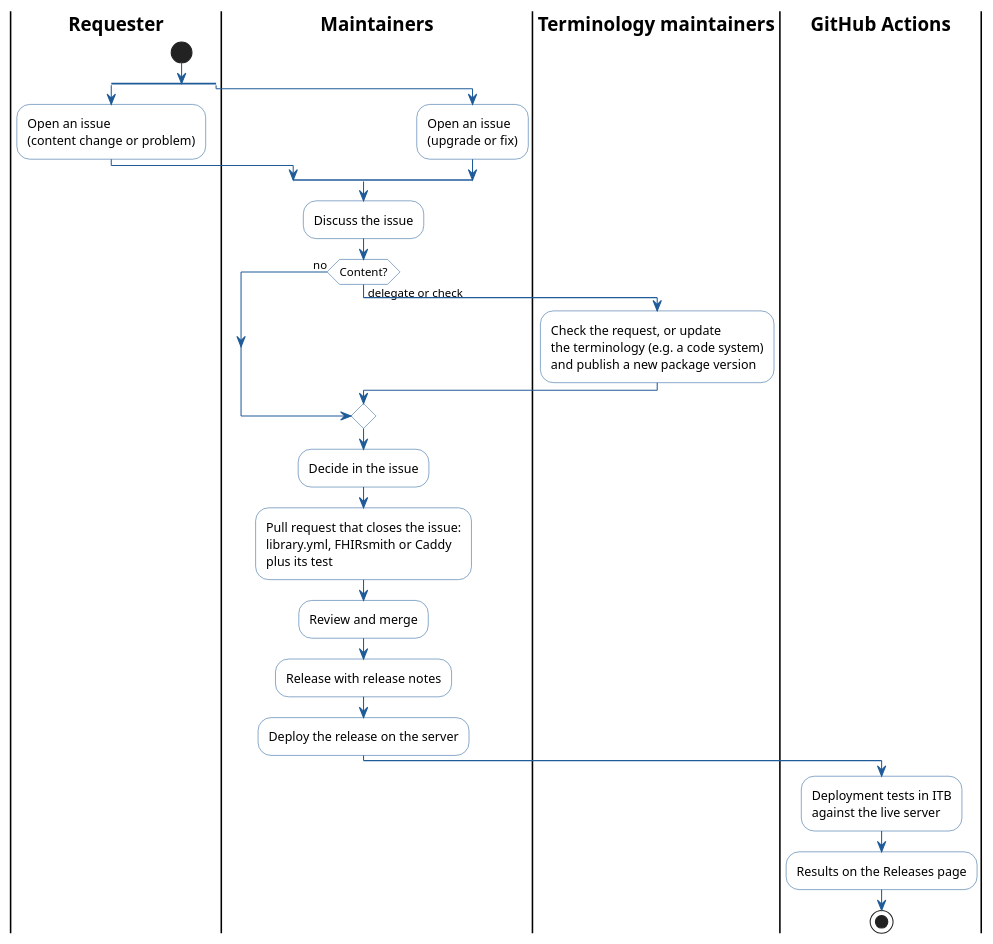
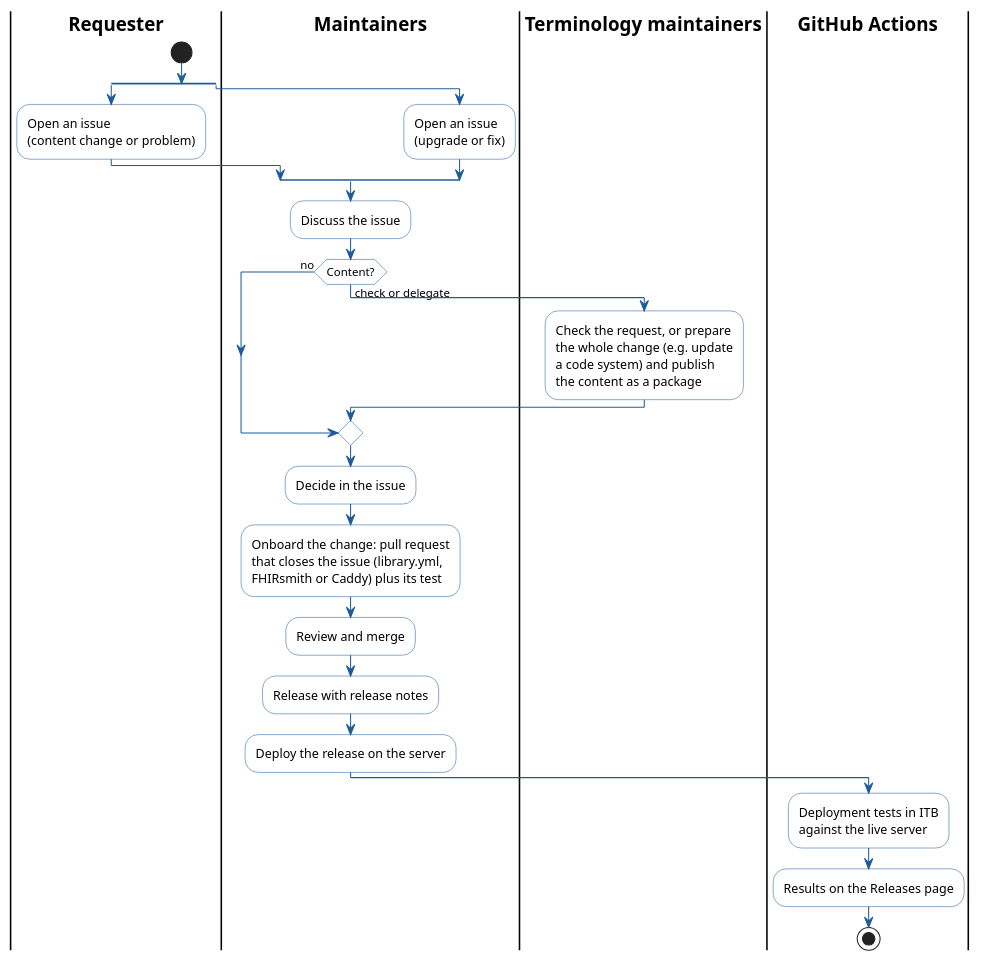
Before and after one commit to hl7-eu/tx.hl7europe.eu: the diagram in docs/index.md, drawn with PlantUML. The commit also changed 1 other file, not shown here.

Commit message:
Content requests: terminology maintainers may prepare the whole change
They may make the content available as a published package; the
maintainers onboard it once the request is decided.

Refs #10, #11

```diff
--- a/docs/index.md
+++ b/docs/index.md
@@ -25,44 +25,45 @@
 @startuml
 skinparam shadowing false
 skinparam defaultFontName Arial
 skinparam ActivityBackgroundColor #FFFFFF
 skinparam ActivityBorderColor #1F5B99
 skinparam ArrowColor #1F5B99
 skinparam SwimlaneTitleFontStyle bold
 |Requester|
 |Maintainers|
 |Terminology maintainers|
 |GitHub Actions|
 |Requester|
 start
 split
   :Open an issue
   (content change or problem);
 split again
   |Maintainers|
   :Open an issue
   (upgrade or fix);
 end split
 |Maintainers|
 :Discuss the issue;
-if (Content?) then (delegate or check)
+if (Content?) then (check or delegate)
   |Terminology maintainers|
-  :Check the request, or update
-  the terminology (e.g. a code system)
-  and publish a new package version;
+  :Check the request, or prepare
+  the whole change (e.g. update
+  a code system) and publish
+  the content as a package;
   |Maintainers|
 else (no)
 endif
 :Decide in the issue;
-:Pull request that closes the issue:
-library.yml, FHIRsmith or Caddy
-plus its test;
+:Onboard the change: pull request
+that closes the issue (library.yml,
+FHIRsmith or Caddy) plus its test;
 :Review and merge;
 :Release with release notes;
 :Deploy the release on the server;
 |GitHub Actions|
 :Deployment tests in ITB
 against the live server;
 :Results on the Releases page;
 stop
 @enduml
```
